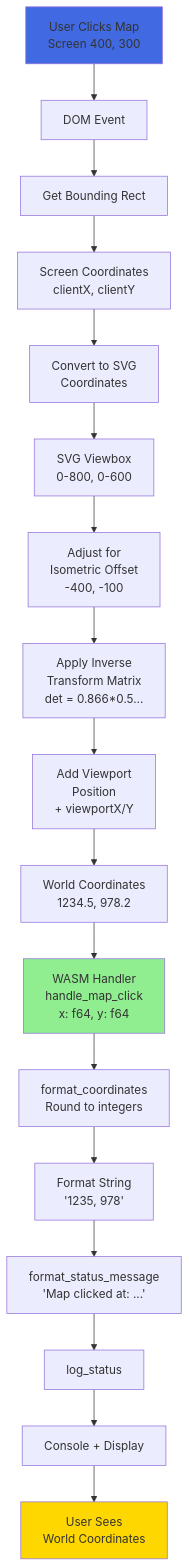
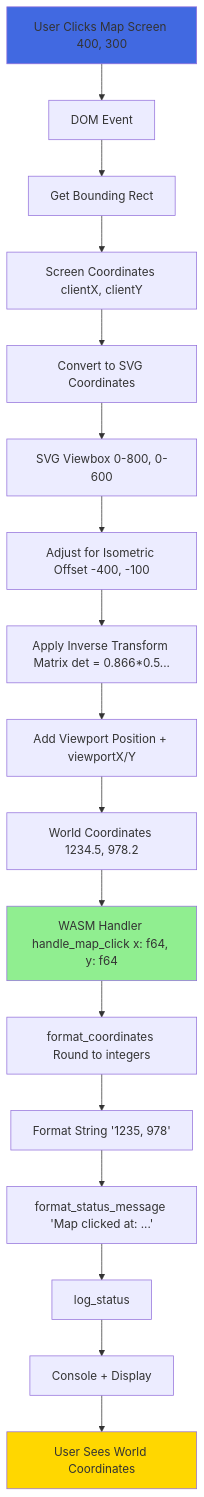
Before and after one commit to softwarewrighter/rts_mock: the third of 10 diagrams in wiki/Data-Flow.md, drawn with Mermaid. The commit also changed other lines of this file and 5 other files, not shown here.

First line of the commit message:
Fix wiki Mermaid diagrams: remove <br/> tags

````diff
--- a/wiki/Data-Flow.md
+++ b/wiki/Data-Flow.md
@@ -116,28 +116,28 @@
 ```mermaid
 flowchart TD
-    A[User Clicks Map<br/>Screen 400, 300] --> B[DOM Event]
+    A[User Clicks Map Screen 400, 300] --> B[DOM Event]
     B --> C[Get Bounding Rect]
-    C --> D[Screen Coordinates<br/>clientX, clientY]
+    C --> D[Screen Coordinates clientX, clientY]
 
-    D --> E[Convert to SVG<br/>Coordinates]
-    E --> F[SVG Viewbox<br/>0-800, 0-600]
+    D --> E[Convert to SVG Coordinates]
+    E --> F[SVG Viewbox 0-800, 0-600]
 
-    F --> G[Adjust for<br/>Isometric Offset<br/>-400, -100]
-    G --> H[Apply Inverse<br/>Transform Matrix<br/>det = 0.866*0.5...]
+    F --> G[Adjust for Isometric Offset -400, -100]
+    G --> H[Apply Inverse Transform Matrix det = 0.866*0.5...]
 
-    H --> I[Add Viewport<br/>Position<br/>+ viewportX/Y]
-    I --> J[World Coordinates<br/>1234.5, 978.2]
+    H --> I[Add Viewport Position + viewportX/Y]
+    I --> J[World Coordinates 1234.5, 978.2]
 
-    J --> K[WASM Handler<br/>handle_map_click<br/>x: f64, y: f64]
-    K --> L[format_coordinates<br/>Round to integers]
-    L --> M[Format String<br/>'1235, 978']
+    J --> K[WASM Handler handle_map_click x: f64, y: f64]
+    K --> L[format_coordinates Round to integers]
+    L --> M[Format String '1235, 978']
 
-    M --> N[format_status_message<br/>'Map clicked at: ...']
+    M --> N[format_status_message 'Map clicked at: ...']
     N --> O[log_status]
     O --> P[Console + Display]
-    P --> Q[User Sees<br/>World Coordinates]
+    P --> Q[User Sees World Coordinates]
 
     style A fill:#4169E1
     style K fill:#90EE90
     style Q fill:#FFD700
 ```
````
